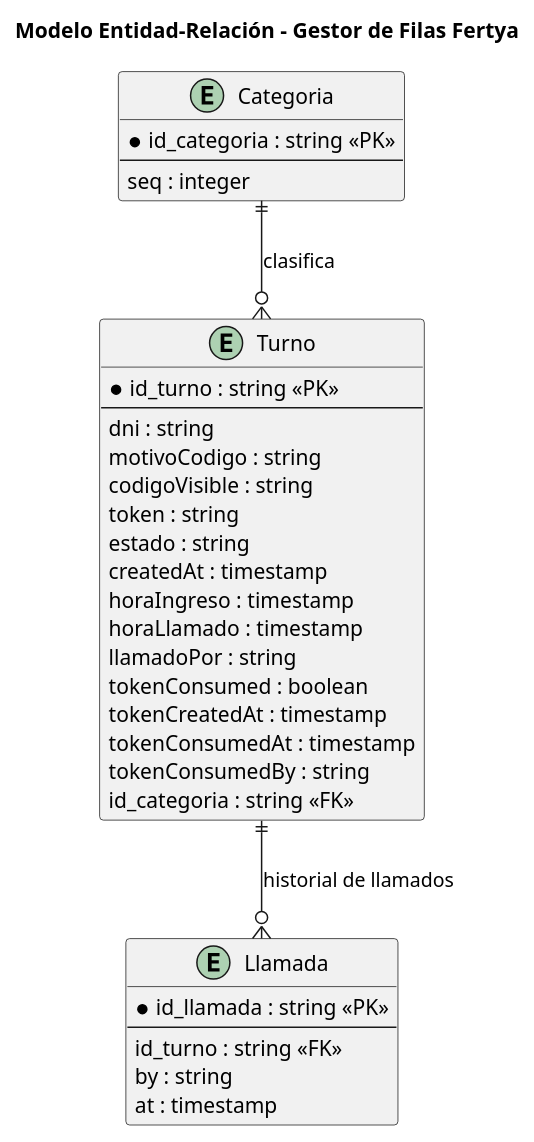
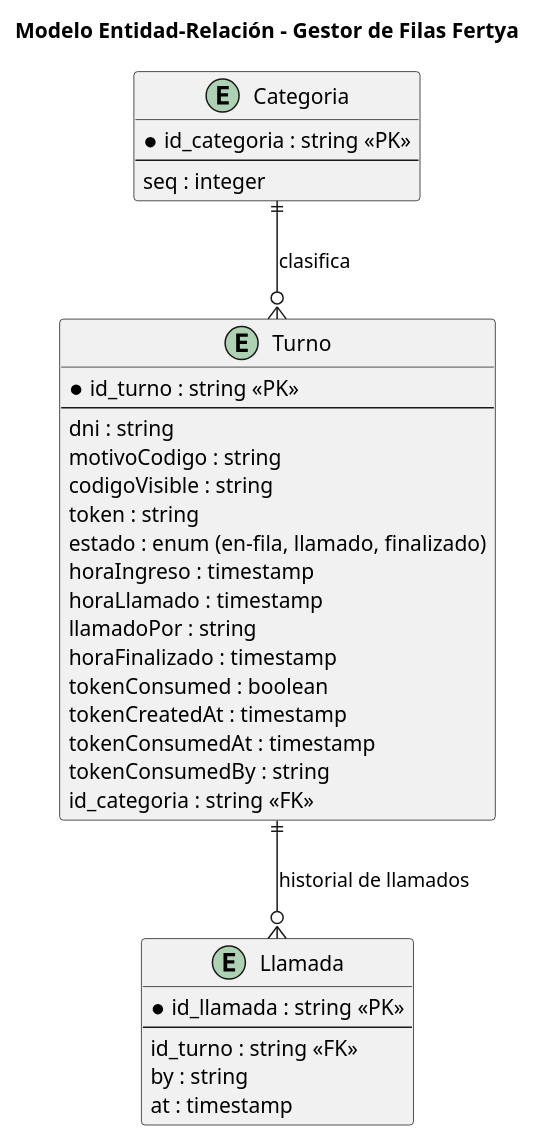
Before and after one commit to yamilahummel3-svg/eidas-grupo01-gestorfila: the diagram in diagramas/er.puml, drawn with PlantUML. The commit also changed 2 other files, not shown here.

Commit message:
Agrego horaFinalizado y decisiones de diseño al ER, y corrijo criterio 3 de HU-02a
Agrego horaFinalizado y decisiones de diseño al ER, y corrijo criterio 3 de HU-02a

```diff
--- a/diagramas/er.puml
+++ b/diagramas/er.puml
@@ -1,41 +1,41 @@
 @startuml
 title Modelo Entidad-Relación - Gestor de Filas Fertya
 
 entity Turno {
   * id_turno : string <<PK>>
   --
   dni : string
   motivoCodigo : string
   codigoVisible : string
   token : string
-  estado : string
-  createdAt : timestamp
+  estado : enum (en-fila, llamado, finalizado)
   horaIngreso : timestamp
   horaLlamado : timestamp
   llamadoPor : string
+  horaFinalizado : timestamp
   tokenConsumed : boolean
   tokenCreatedAt : timestamp
   tokenConsumedAt : timestamp
   tokenConsumedBy : string
   id_categoria : string <<FK>>
 }
 
 entity Categoria {
   * id_categoria : string <<PK>>
   --
   seq : integer
 }
 
 entity Llamada {
   * id_llamada : string <<PK>>
   --
   id_turno : string <<FK>>
   by : string
   at : timestamp
 }
 
 ' --- Relaciones ---
 Categoria ||--o{ Turno : "clasifica"
 Turno ||--o{ Llamada : "historial de llamados"
 
 @enduml
```
